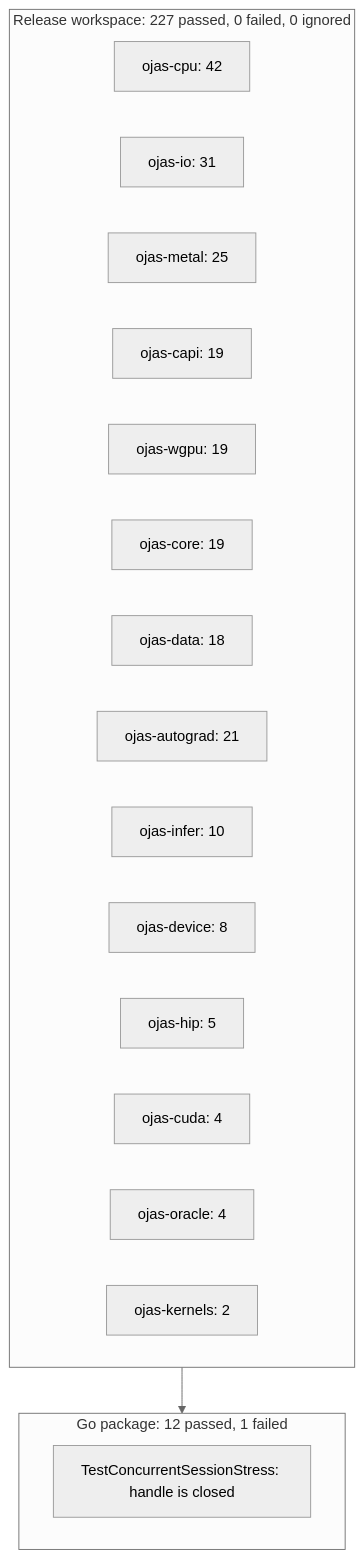
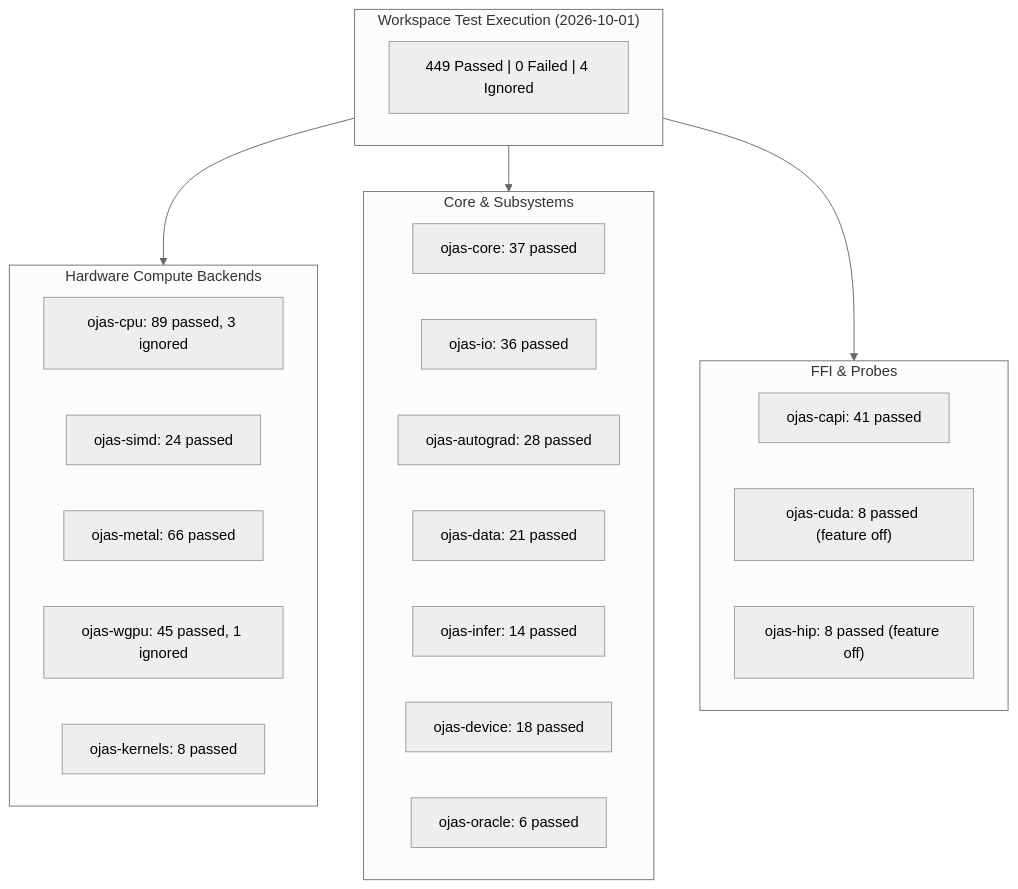
Before and after one commit to bharathvbcr/ojas: the first of 3 diagrams in docs/status.md, drawn with Mermaid (neutral theme). The commit also changed other lines of this file and 341 other files, not shown here.

````diff
--- a/docs/status.md
+++ b/docs/status.md
@@ -5,25 +72,34 @@
 ```mermaid
 flowchart TD
-    subgraph TestSuite["Release workspace: 227 passed, 0 failed, 0 ignored"]
-        CPU["ojas-cpu: 42"]
-        IO["ojas-io: 31"]
-        Metal["ojas-metal: 25"]
-        CAPI["ojas-capi: 19"]
-        WGPU["ojas-wgpu: 19"]
-        Core["ojas-core: 19"]
-        Data["ojas-data: 18"]
-        Autograd["ojas-autograd: 21"]
-        Infer["ojas-infer: 10"]
-        Device["ojas-device: 8"]
-        HIP["ojas-hip: 5"]
-        CUDA["ojas-cuda: 4"]
-        Oracle["ojas-oracle: 4"]
-        Kernels["ojas-kernels: 2"]
+    subgraph SuiteSummary["Workspace Test Execution (2026-10-01)"]
+        Total["449 Passed | 0 Failed | 4 Ignored"]
     end
 
-    subgraph GoSuite["Go package: 12 passed, 1 failed"]
-        Go["TestConcurrentSessionStress: handle is closed"]
+    subgraph Backends["Hardware Compute Backends"]
+        CPU["ojas-cpu: 89 passed, 3 ignored"]
+        SIMD["ojas-simd: 24 passed"]
+        Metal["ojas-metal: 66 passed"]
+        WGPU["ojas-wgpu: 45 passed, 1 ignored"]
+        Kernels["ojas-kernels: 8 passed"]
     end
 
-    TestSuite --> GoSuite
+    subgraph CoreAndIO["Core & Subsystems"]
+        Core["ojas-core: 37 passed"]
+        IO["ojas-io: 36 passed"]
+        Autograd["ojas-autograd: 28 passed"]
+        Data["ojas-data: 21 passed"]
+        Infer["ojas-infer: 14 passed"]
+        Device["ojas-device: 18 passed"]
+        Oracle["ojas-oracle: 6 passed"]
+    end
+
+    subgraph FFIAndProbes["FFI & Probes"]
+        CAPI["ojas-capi: 41 passed"]
+        CUDA["ojas-cuda: 8 passed (feature off)"]
+        HIP["ojas-hip: 8 passed (feature off)"]
+    end
+
+    SuiteSummary --> Backends
+    SuiteSummary --> CoreAndIO
+    SuiteSummary --> FFIAndProbes
 ```
````
